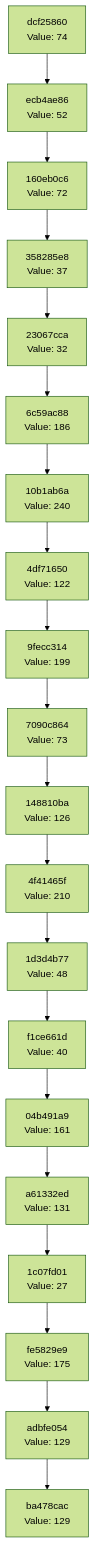
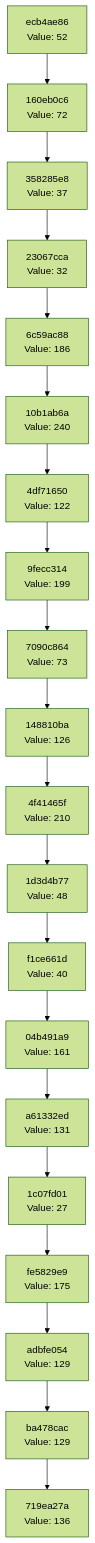
One commit to Abhisheksinha1506/hash-chain-evolver changed the diagram in docs/CHAIN_VISUALIZATION.md. Above: the diagram before and after it, drawn with Mermaid (forest theme). The commit also changed 3 other files, not shown here.

````diff
--- a/docs/CHAIN_VISUALIZATION.md
+++ b/docs/CHAIN_VISUALIZATION.md
@@ -3,42 +3,42 @@
 ```mermaid
 graph TD
-    C0["ba478cac<br/>Value: 129"]
-    C1["adbfe054<br/>Value: 129"]
+    C0["719ea27a<br/>Value: 136"]
+    C1["ba478cac<br/>Value: 129"]
     C1 --> C0
-    C2["fe5829e9<br/>Value: 175"]
+    C2["adbfe054<br/>Value: 129"]
     C2 --> C1
-    C3["1c07fd01<br/>Value: 27"]
+    C3["fe5829e9<br/>Value: 175"]
     C3 --> C2
-    C4["a61332ed<br/>Value: 131"]
+    C4["1c07fd01<br/>Value: 27"]
     C4 --> C3
-    C5["04b491a9<br/>Value: 161"]
+    C5["a61332ed<br/>Value: 131"]
     C5 --> C4
-    C6["f1ce661d<br/>Value: 40"]
+    C6["04b491a9<br/>Value: 161"]
     C6 --> C5
-    C7["1d3d4b77<br/>Value: 48"]
+    C7["f1ce661d<br/>Value: 40"]
     C7 --> C6
-    C8["4f41465f<br/>Value: 210"]
+    C8["1d3d4b77<br/>Value: 48"]
     C8 --> C7
-    C9["148810ba<br/>Value: 126"]
+    C9["4f41465f<br/>Value: 210"]
     C9 --> C8
-    C10["7090c864<br/>Value: 73"]
+    C10["148810ba<br/>Value: 126"]
     C10 --> C9
-    C11["9fecc314<br/>Value: 199"]
+    C11["7090c864<br/>Value: 73"]
     C11 --> C10
-    C12["4df71650<br/>Value: 122"]
+    C12["9fecc314<br/>Value: 199"]
     C12 --> C11
-    C13["10b1ab6a<br/>Value: 240"]
+    C13["4df71650<br/>Value: 122"]
     C13 --> C12
-    C14["6c59ac88<br/>Value: 186"]
+    C14["10b1ab6a<br/>Value: 240"]
     C14 --> C13
-    C15["23067cca<br/>Value: 32"]
+    C15["6c59ac88<br/>Value: 186"]
     C15 --> C14
-    C16["358285e8<br/>Value: 37"]
+    C16["23067cca<br/>Value: 32"]
     C16 --> C15
-    C17["160eb0c6<br/>Value: 72"]
+    C17["358285e8<br/>Value: 37"]
     C17 --> C16
-    C18["ecb4ae86<br/>Value: 52"]
+    C18["160eb0c6<br/>Value: 72"]
     C18 --> C17
-    C19["dcf25860<br/>Value: 74"]
+    C19["ecb4ae86<br/>Value: 52"]
     C19 --> C18
 ```
````
